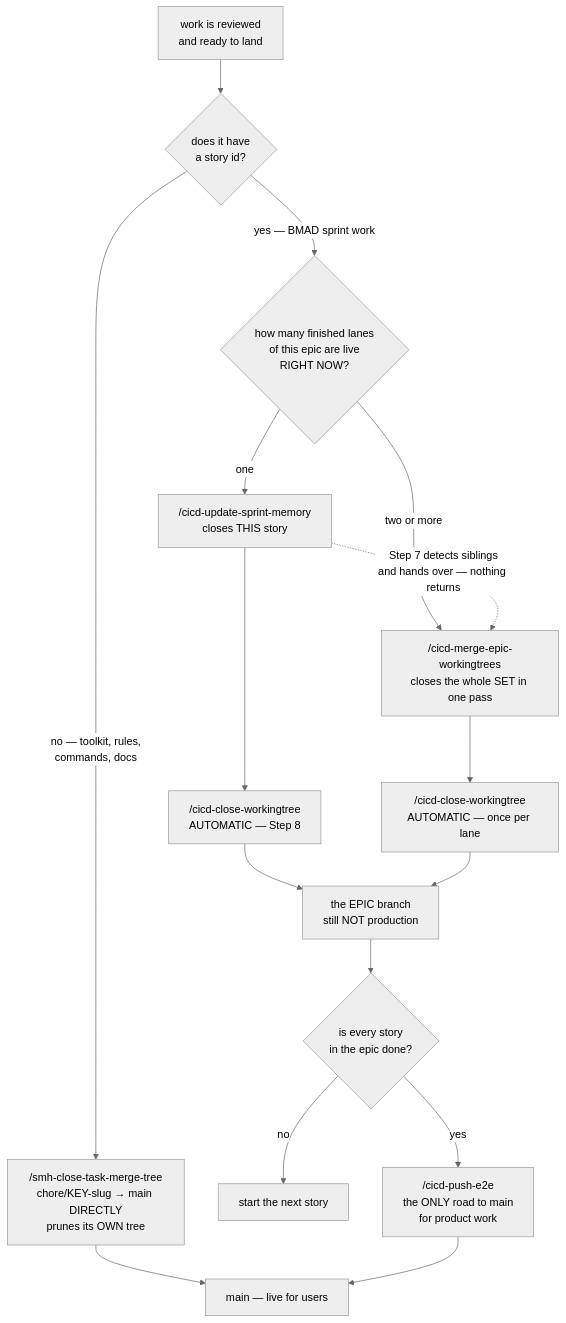
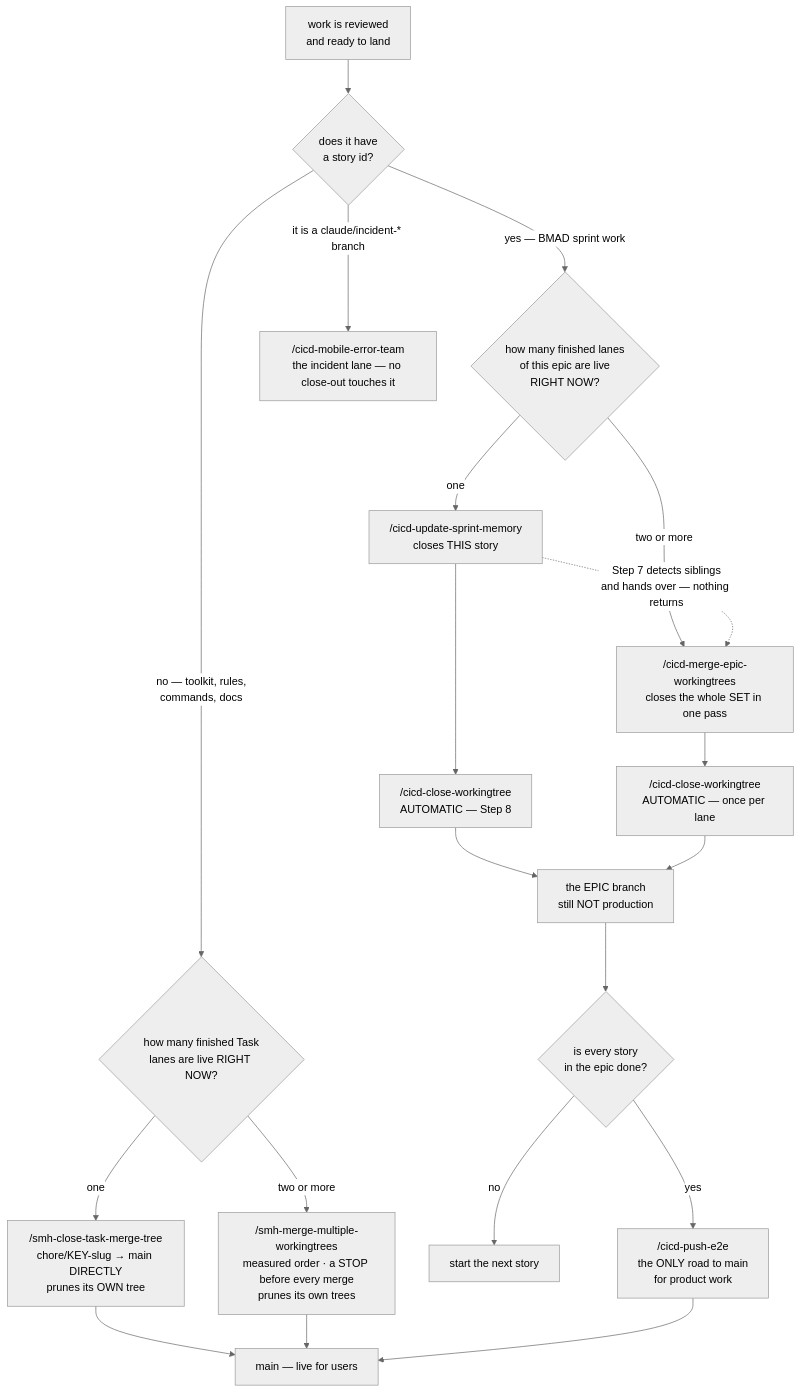
The fourth of 43 diagrams in docs/_scc_sops_prds/workflows_testing_SOP.md (sudomadhatter/Sudo_Hatter_Command), drawn with Mermaid (neutral theme) before and after one commit. The commit also changed other lines of this file and 4 other files, not shown here.

````diff
--- a/docs/_scc_sops_prds/workflows_testing_SOP.md
+++ b/docs/_scc_sops_prds/workflows_testing_SOP.md
@@ -550,18 +526,22 @@
 ```mermaid
 flowchart TD
     DONE["work is reviewed\nand ready to land"] --> Q1{"does it have\na story id?"}
-    Q1 -- "no — toolkit, rules,\ncommands, docs" --> TASK["/smh-close-task-merge-tree\nchore/KEY-slug → main DIRECTLY\nprunes its OWN tree"]
+    Q1 -- "no — toolkit, rules,\ncommands, docs" --> Q0{"how many finished Task\nlanes are live RIGHT NOW?"}
+    Q0 -- "one" --> TASK["/smh-close-task-merge-tree\nchore/KEY-slug → main DIRECTLY\nprunes its OWN tree"]
+    Q0 -- "two or more" --> TASKS["/smh-merge-multiple-workingtrees\nmeasured order · a STOP before every merge\nprunes its own trees"]
     Q1 -- "yes — BMAD sprint work" --> Q2{"how many finished lanes\nof this epic are live\nRIGHT NOW?"}
+    Q1 -- "it is a claude/incident-* branch" --> INC["/cicd-mobile-error-team\nthe incident lane — no close-out touches it"]
     Q2 -- "one" --> ONE["/cicd-update-sprint-memory\ncloses THIS story"]
     Q2 -- "two or more" --> MANY["/cicd-merge-epic-workingtrees\ncloses the whole SET in one pass"]
     ONE -.->|"Step 7 detects siblings\nand hands over — nothing returns"| MANY
     ONE --> WT["/cicd-close-workingtree\nAUTOMATIC — Step 8"]
     MANY --> WT2["/cicd-close-workingtree\nAUTOMATIC — once per lane"]
     WT --> EPIC["the EPIC branch\nstill NOT production"]
     WT2 --> EPIC
     EPIC --> Q3{"is every story\nin the epic done?"}
     Q3 -- "no" --> NEXT["start the next story"]
     Q3 -- "yes" --> SHIP["/cicd-push-e2e\nthe ONLY road to main\nfor product work"]
     TASK --> MAIN["main — live for users"]
+    TASKS --> MAIN
     SHIP --> MAIN
 ```
````
